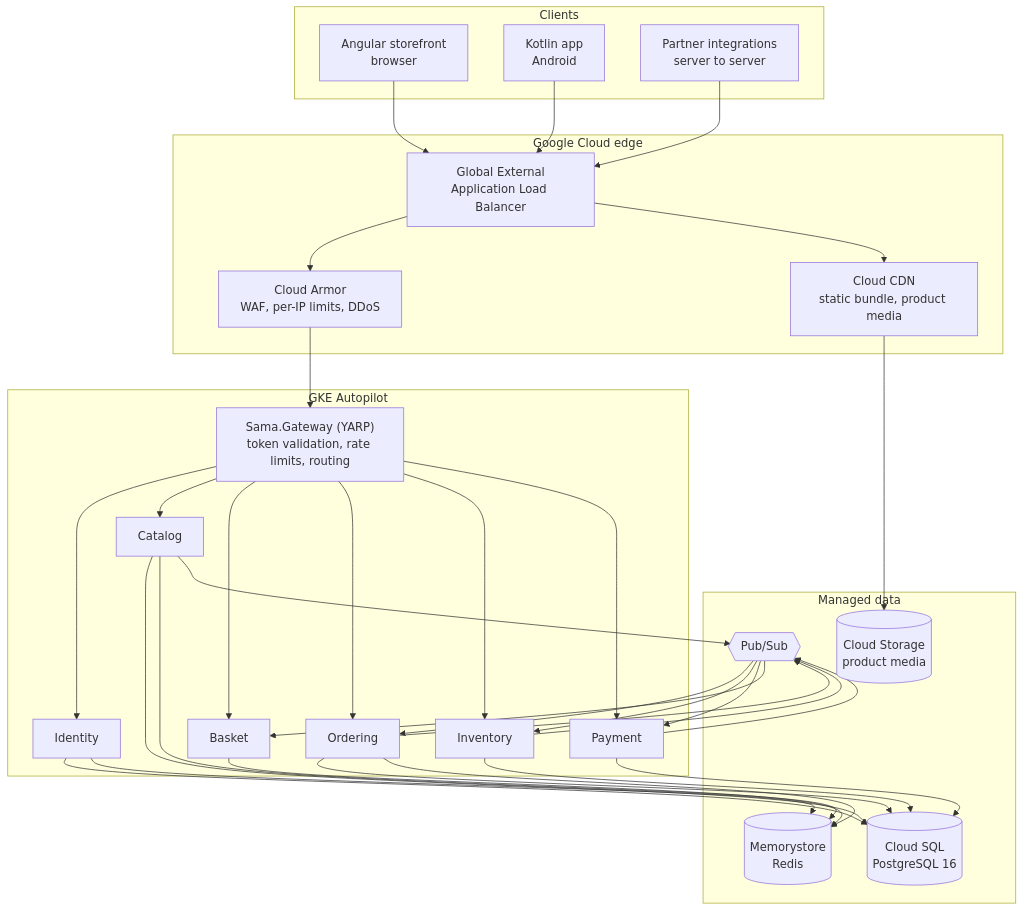
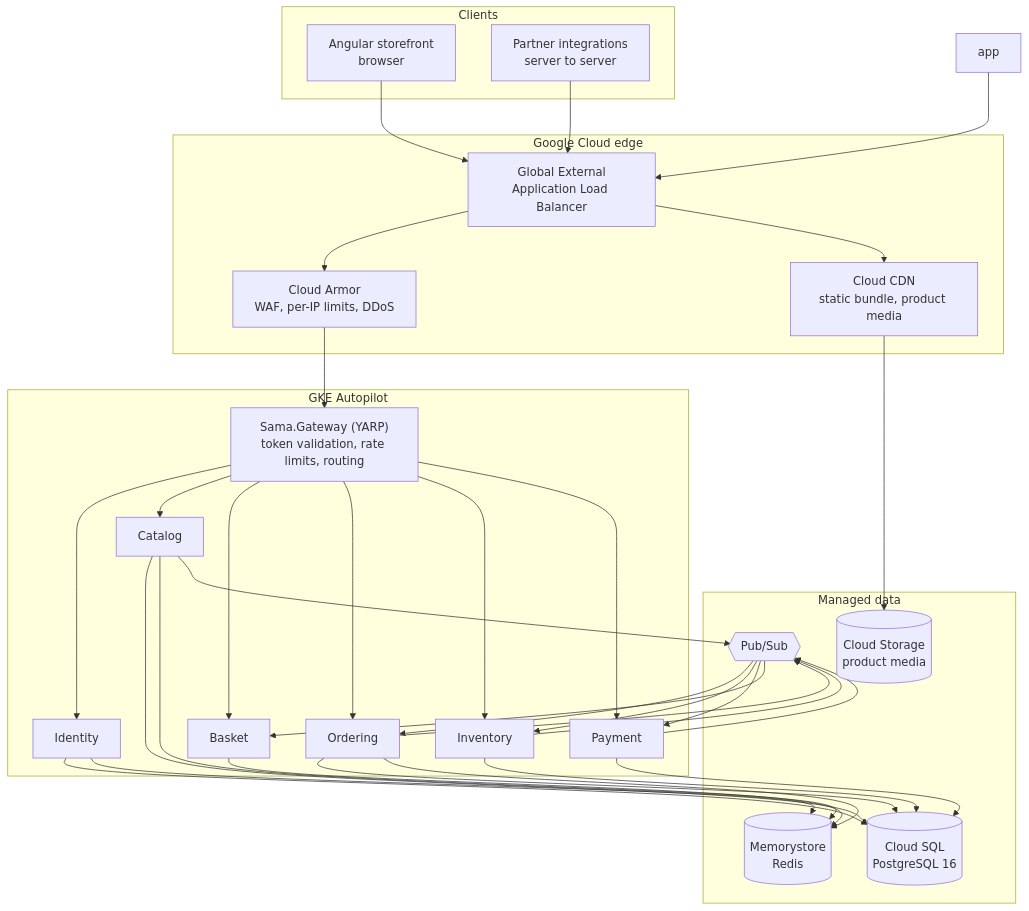
One commit to ahmedselimmansor-ctrl/full-stack-Angular-Asp.Net-commerce changed the first of 19 diagrams in README.md. Above: the diagram before and after it, drawn with Mermaid. The commit also changed other lines of this file and 44 other files, not shown here.

Commit message:
Remove the Android app

````diff
--- a/README.md
+++ b/README.md
@@ -39,64 +38,63 @@
 ```mermaid
 flowchart TB
     subgraph clients [Clients]
         web["Angular storefront<br/>browser"]
-        app["Kotlin app<br/>Android"]
         partner["Partner integrations<br/>server to server"]
     end
 
     subgraph edge [Google Cloud edge]
         lb["Global External<br/>Application Load Balancer"]
         armor["Cloud Armor<br/>WAF, per-IP limits, DDoS"]
         cdn["Cloud CDN<br/>static bundle, product media"]
     end
 
     subgraph cluster [GKE Autopilot]
         gw["Sama.Gateway (YARP)<br/>token validation, rate limits, routing"]
         identity[Identity]
         catalog[Catalog]
         basket[Basket]
         ordering[Ordering]
         inventory[Inventory]
         payment[Payment]
     end
 
     subgraph data [Managed data]
         sql[("Cloud SQL<br/>PostgreSQL 16")]
         redis[("Memorystore<br/>Redis")]
         pubsub{{"Pub/Sub"}}
         bucket[("Cloud Storage<br/>product media")]
     end
 
     web --> lb
     app --> lb
     partner --> lb
     lb --> armor --> gw
     lb --> cdn --> bucket
 
     gw --> identity
     gw --> catalog
     gw --> basket
     gw --> ordering
     gw --> inventory
     gw --> payment
 
     identity --> sql
     catalog --> sql
     ordering --> sql
     inventory --> sql
     payment --> sql
 
     identity --> redis
     catalog --> redis
     basket --> redis
     ordering --> redis
 
     ordering --> pubsub
     inventory --> pubsub
     payment --> pubsub
     catalog --> pubsub
     pubsub --> ordering
     pubsub --> inventory
     pubsub --> payment
     pubsub --> basket
 ```
````
